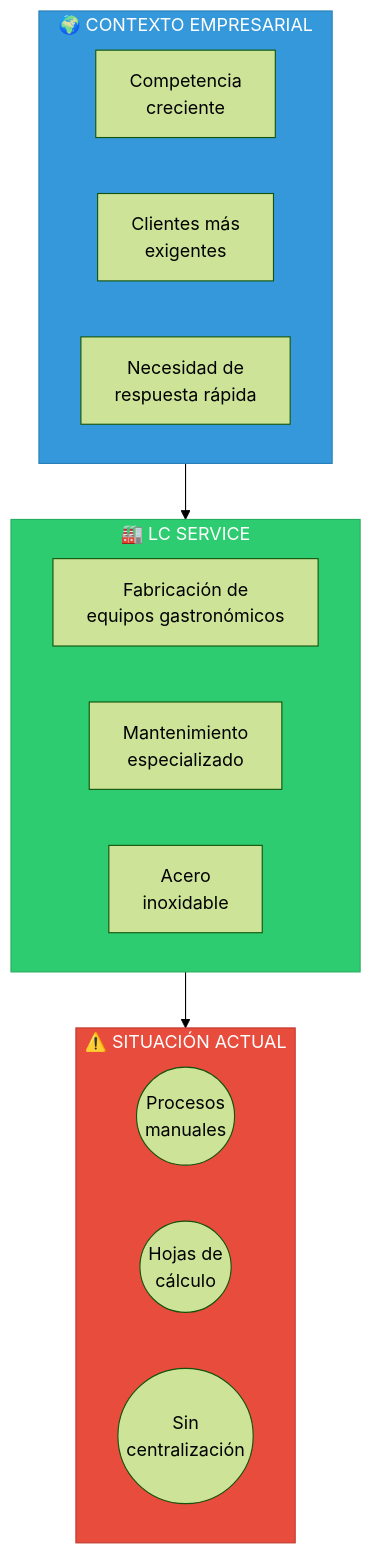
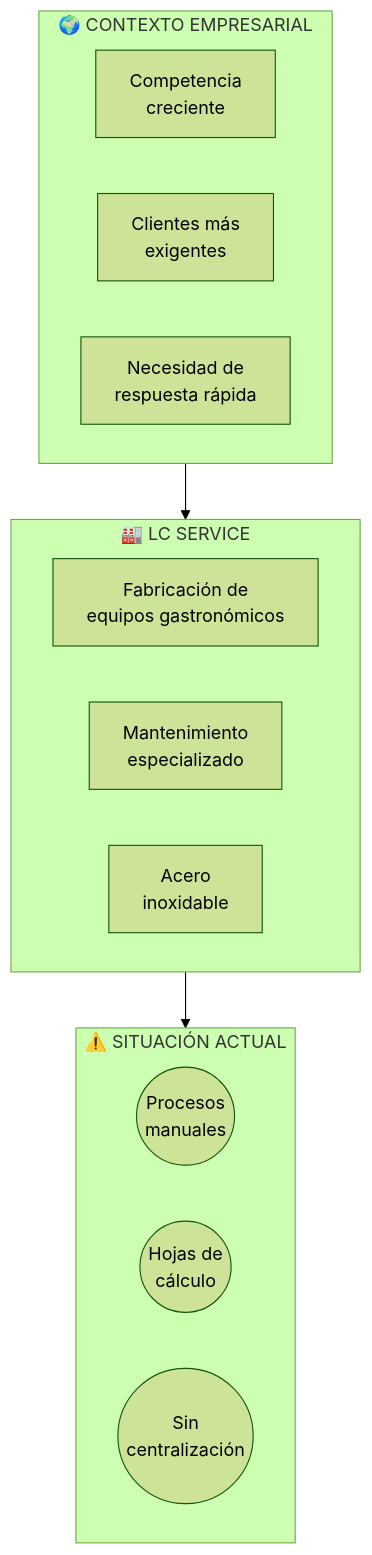
The first of 4 diagrams in docs/01-introduccion.md (decagraff/LCService), drawn with Mermaid (forest theme) before and after one commit. The commit also changed other lines of this file and 7 other files, not shown here.

````diff
--- a/docs/01-introduccion.md
+++ b/docs/01-introduccion.md
@@ -11,28 +11,25 @@
 ```mermaid
 graph TB
     subgraph contexto["🌍 CONTEXTO EMPRESARIAL"]
         direction LR
         C1["Competencia<br/>creciente"]
         C2["Clientes más<br/>exigentes"]
         C3["Necesidad de<br/>respuesta rápida"]
     end
 
     subgraph empresa["🏭 LC SERVICE"]
         E1["Fabricación de<br/>equipos gastronómicos"]
         E2["Mantenimiento<br/>especializado"]
         E3["Acero<br/>inoxidable"]
     end
 
     subgraph problema["⚠️ SITUACIÓN ACTUAL"]
         P1(("Procesos<br/>manuales"))
         P2(("Hojas de<br/>cálculo"))
         P3(("Sin<br/>centralización"))
     end
 
     contexto --> empresa
     empresa --> problema
 
-    style contexto fill:#3498db,stroke:#2980b9,color:#fff
-    style empresa fill:#2ecc71,stroke:#27ae60,color:#fff
-    style problema fill:#e74c3c,stroke:#c0392b,color:#fff
 ```
````
